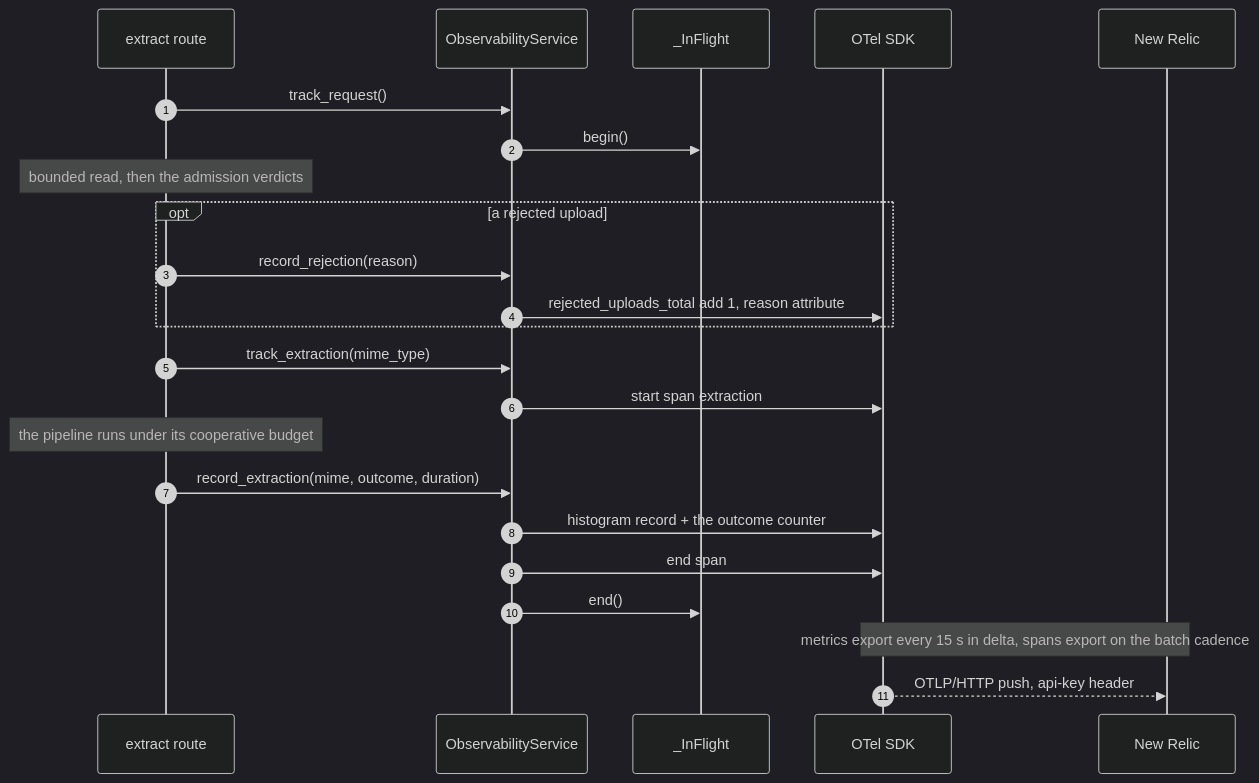
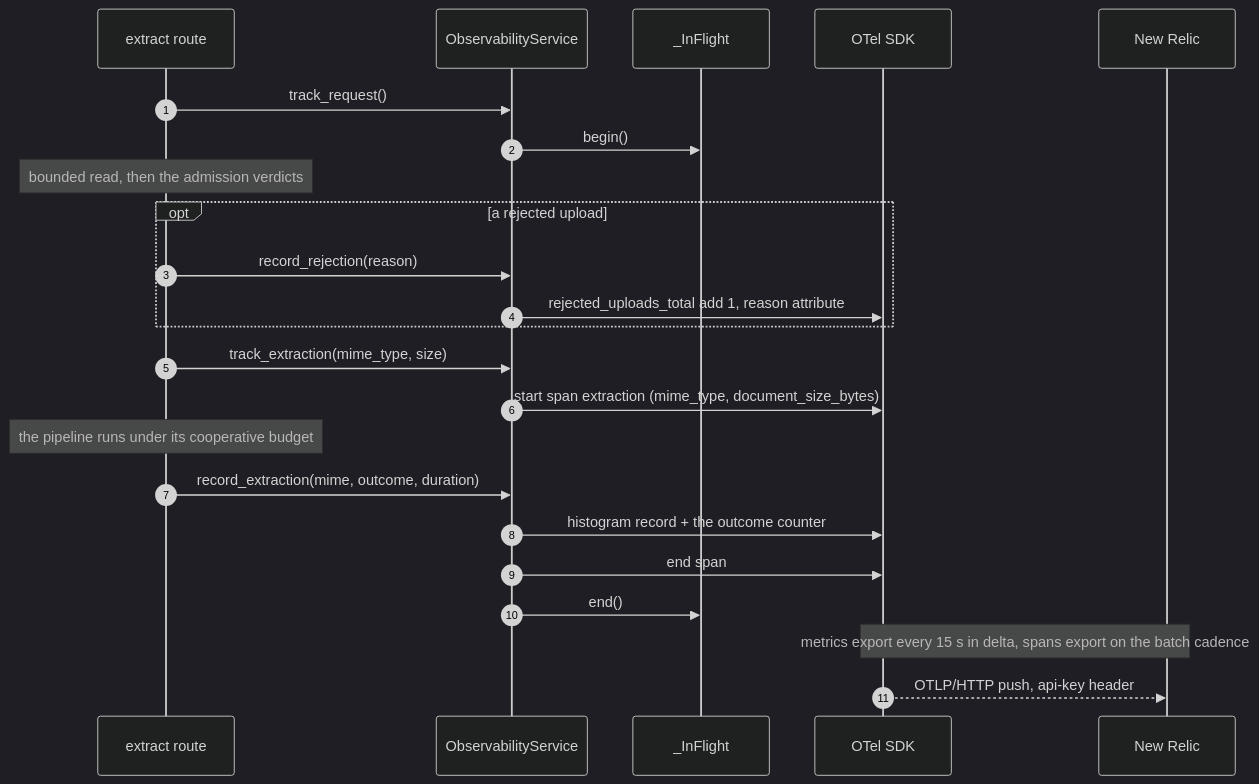
The seventh of 8 diagrams in services/document-parser/specification/references/observability.md (kunalPisolkar24/detectAI), drawn with Mermaid (dark theme) before and after one commit. The commit also changed other lines of this file and 7 other files, not shown here.

Commit message:
Carry the document size on the extraction span

````diff
--- a/services/document-parser/specification/references/observability.md
+++ b/services/document-parser/specification/references/observability.md
@@ -265,26 +265,26 @@
 ```mermaid
 sequenceDiagram
     autonumber
     participant R as extract route
     participant O as ObservabilityService
     participant I as _InFlight
     participant S as OTel SDK
     participant NR as New Relic
 
     R->>O: track_request()
     O->>I: begin()
     Note over R: bounded read, then the admission verdicts
     opt a rejected upload
         R->>O: record_rejection(reason)
         O->>S: rejected_uploads_total add 1, reason attribute
     end
-    R->>O: track_extraction(mime_type)
-    O->>S: start span extraction
+    R->>O: track_extraction(mime_type, size)
+    O->>S: start span extraction (mime_type, document_size_bytes)
     Note over R: the pipeline runs under its cooperative budget
     R->>O: record_extraction(mime, outcome, duration)
     O->>S: histogram record + the outcome counter
     O->>S: end span
     O->>I: end()
     Note over S,NR: metrics export every 15 s in delta, spans export on the batch cadence
     S-->>NR: OTLP/HTTP push, api-key header
 ```
````
